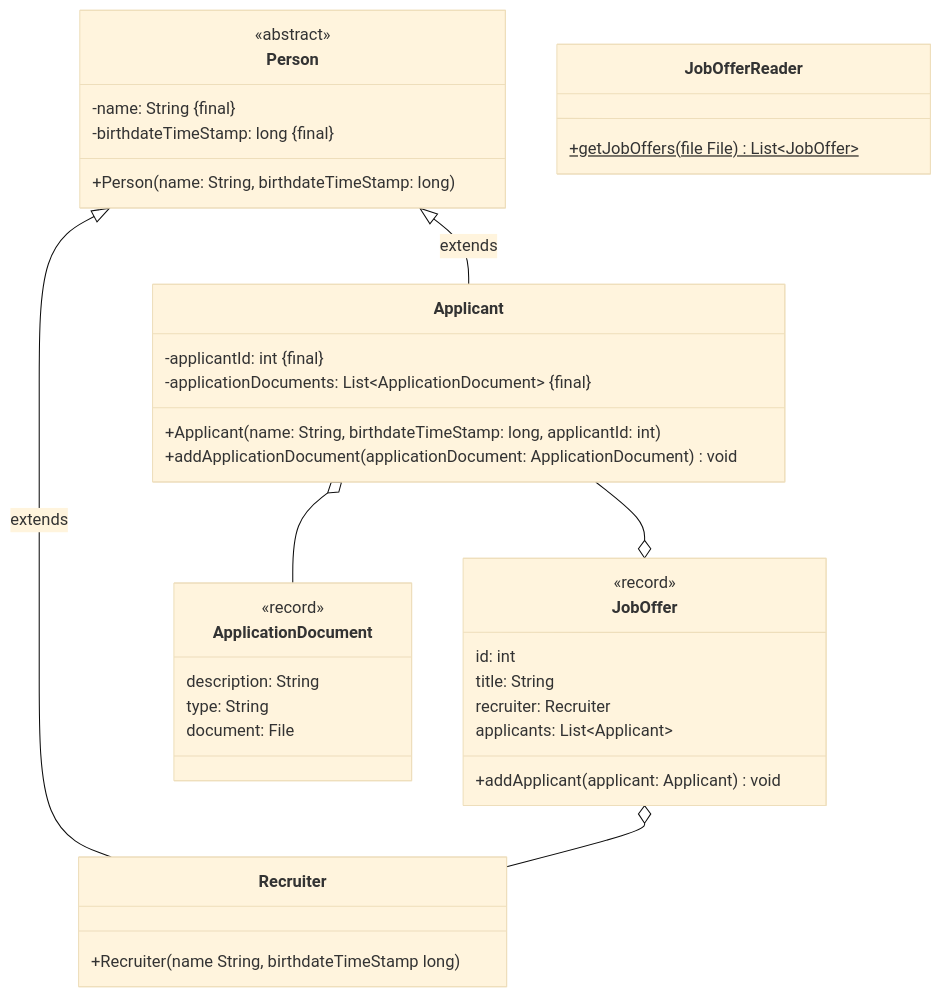
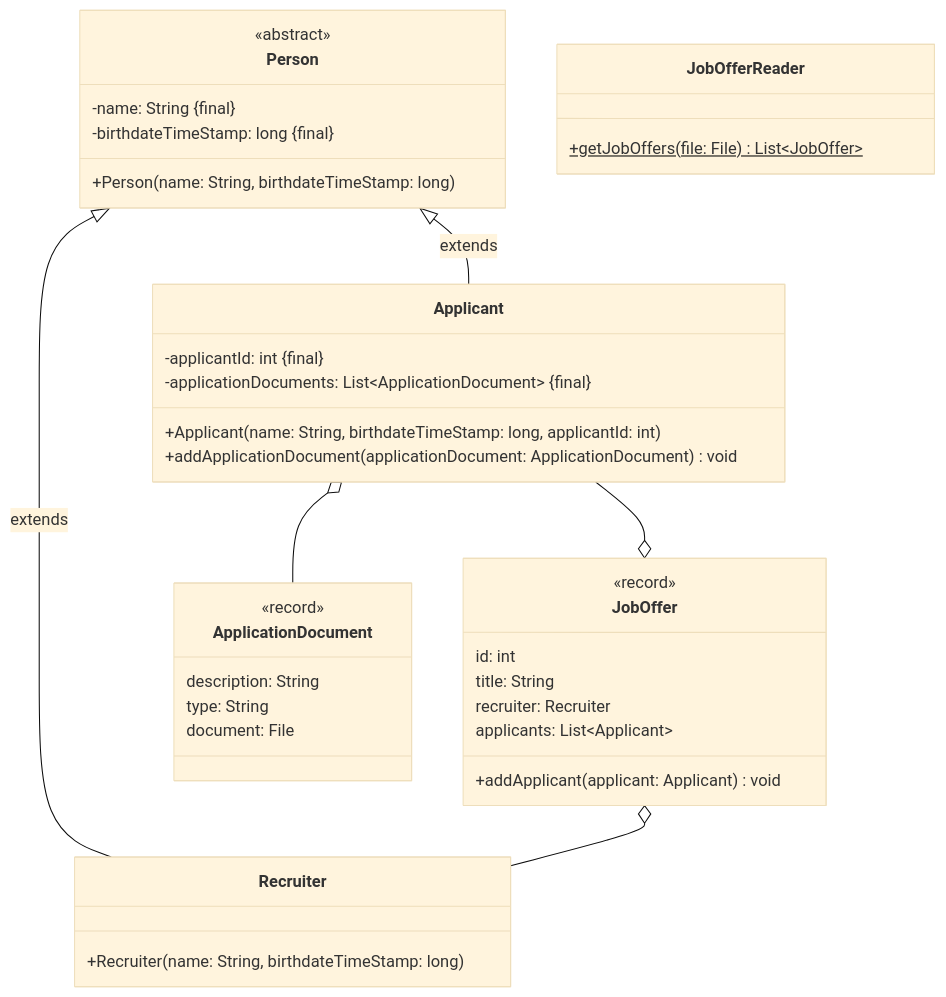
Before and after one commit to jappuccini/java-docs: the diagram in docs/exam-exercises/exam-exercises-java2/class-diagrams/job-offer.md, drawn with Mermaid (base theme). The commit also changed 23 other files, not shown here.

````diff
--- a/docs/exam-exercises/exam-exercises-java2/class-diagrams/job-offer.md
+++ b/docs/exam-exercises/exam-exercises-java2/class-diagrams/job-offer.md
@@ -12,46 +12,46 @@
 ```mermaid
 classDiagram
     Person <|-- Recruiter : extends
     Person <|-- Applicant : extends
     JobOffer o-- Recruiter
     Applicant --o JobOffer
     Applicant o-- ApplicationDocument
 
     class JobOffer {
         <<record>>
         id: int
         title: String
         recruiter: Recruiter
         applicants: List~Applicant~
         +addApplicant(applicant: Applicant) void
     }
 
     class Person {
         <<abstract>>
         -name: String #123;final#125;
         -birthdateTimeStamp: long #123;final#125;
         +Person(name: String, birthdateTimeStamp: long)
     }
 
     class Applicant {
         -applicantId: int #123;final#125;
         -applicationDocuments: List~ApplicationDocument~ #123;final#125;
         +Applicant(name: String, birthdateTimeStamp: long, applicantId: int)
         +addApplicationDocument(applicationDocument: ApplicationDocument) void
     }
 
     class Recruiter {
-        +Recruiter(name String, birthdateTimeStamp long)
+        +Recruiter(name: String, birthdateTimeStamp: long)
     }
 
     class ApplicationDocument {
         <<record>>
         description: String
         type: String
         document: File
     }
 
     class JobOfferReader {
-        +getJobOffers(file File)$ List~JobOffer~
+        +getJobOffers(file: File)$ List~JobOffer~
     }
 ```
````
